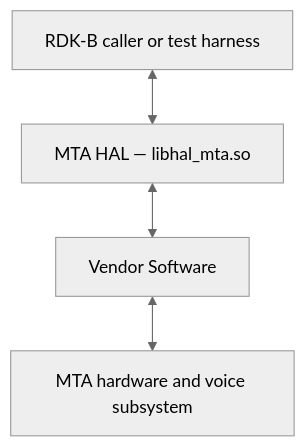
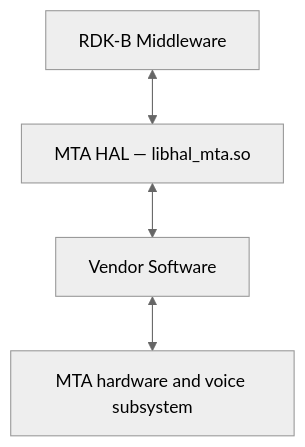
The first of 2 diagrams in docs/pages/halSpec.md (Blitzy-Sky/rdkb-halif-mta), drawn with Mermaid (neutral theme) before and after one commit. The commit also changed other lines of this file, not shown here.

````diff
--- a/docs/pages/halSpec.md
+++ b/docs/pages/halSpec.md
@@ -57,7 +34,7 @@
 ```mermaid
 flowchart TD;
-    Caller["RDK-B caller or test harness"] <-->
+    Caller["RDK-B Middleware"] <-->
     MTAHAL["MTA HAL — libhal_mta.so"] <-->
     VendorSoftware["Vendor Software"] <-->
     Hardware["MTA hardware and voice subsystem"]
 ```
````
